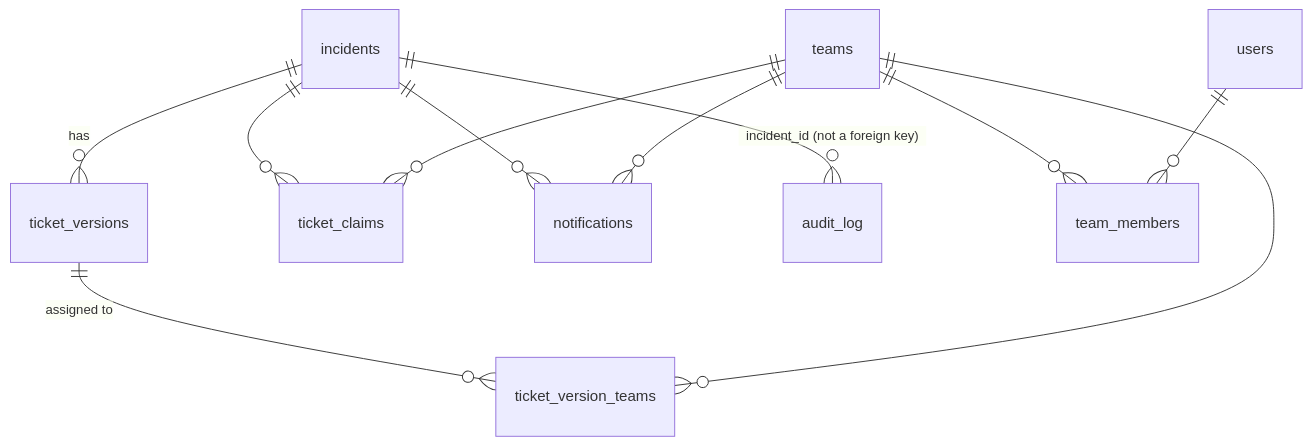
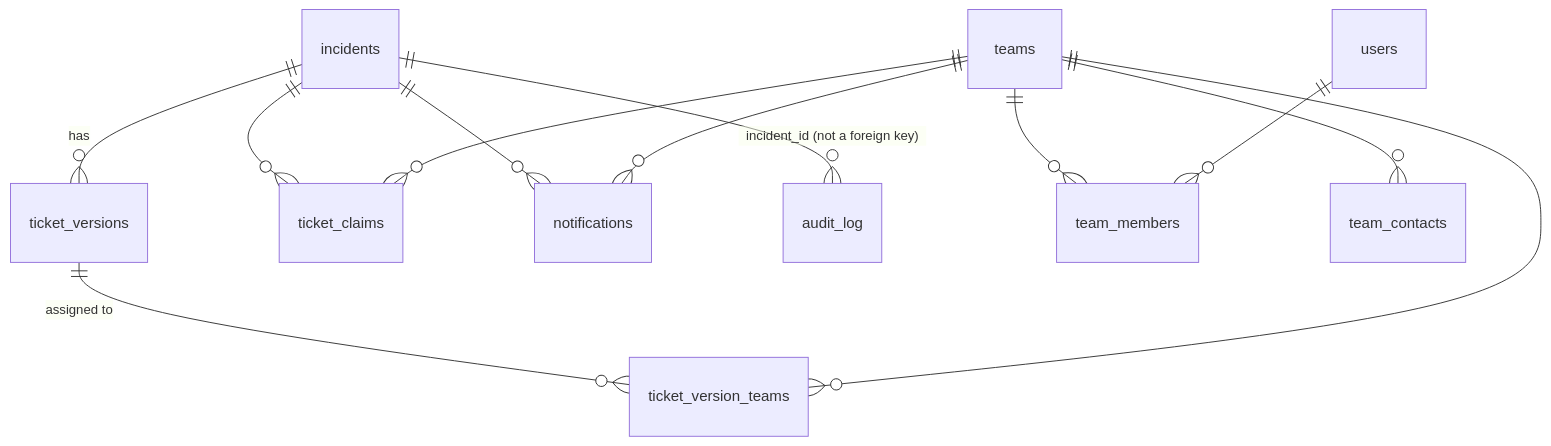
Before and after one commit to AndrewDile/SEC-Check: the diagram in docs/pages/data-model.md, drawn with Mermaid. The commit also changed other lines of this file and 34 other files, not shown here.

First line of the commit message:
Team contacts, and Slack, Teams and email notifications (#11)

````diff
--- a/docs/pages/data-model.md
+++ b/docs/pages/data-model.md
@@ -66,13 +69,14 @@
 ```mermaid
 erDiagram
     incidents ||--o{ ticket_versions : has
     ticket_versions ||--o{ ticket_version_teams : "assigned to"
     teams ||--o{ ticket_version_teams : ""
     incidents ||--o{ ticket_claims : ""
     teams ||--o{ ticket_claims : ""
     incidents ||--o{ notifications : ""
     teams ||--o{ notifications : ""
     incidents ||--o{ audit_log : "incident_id (not a foreign key)"
     teams ||--o{ team_members : ""
     users ||--o{ team_members : ""
+    teams ||--o{ team_contacts : ""
 ```
````
